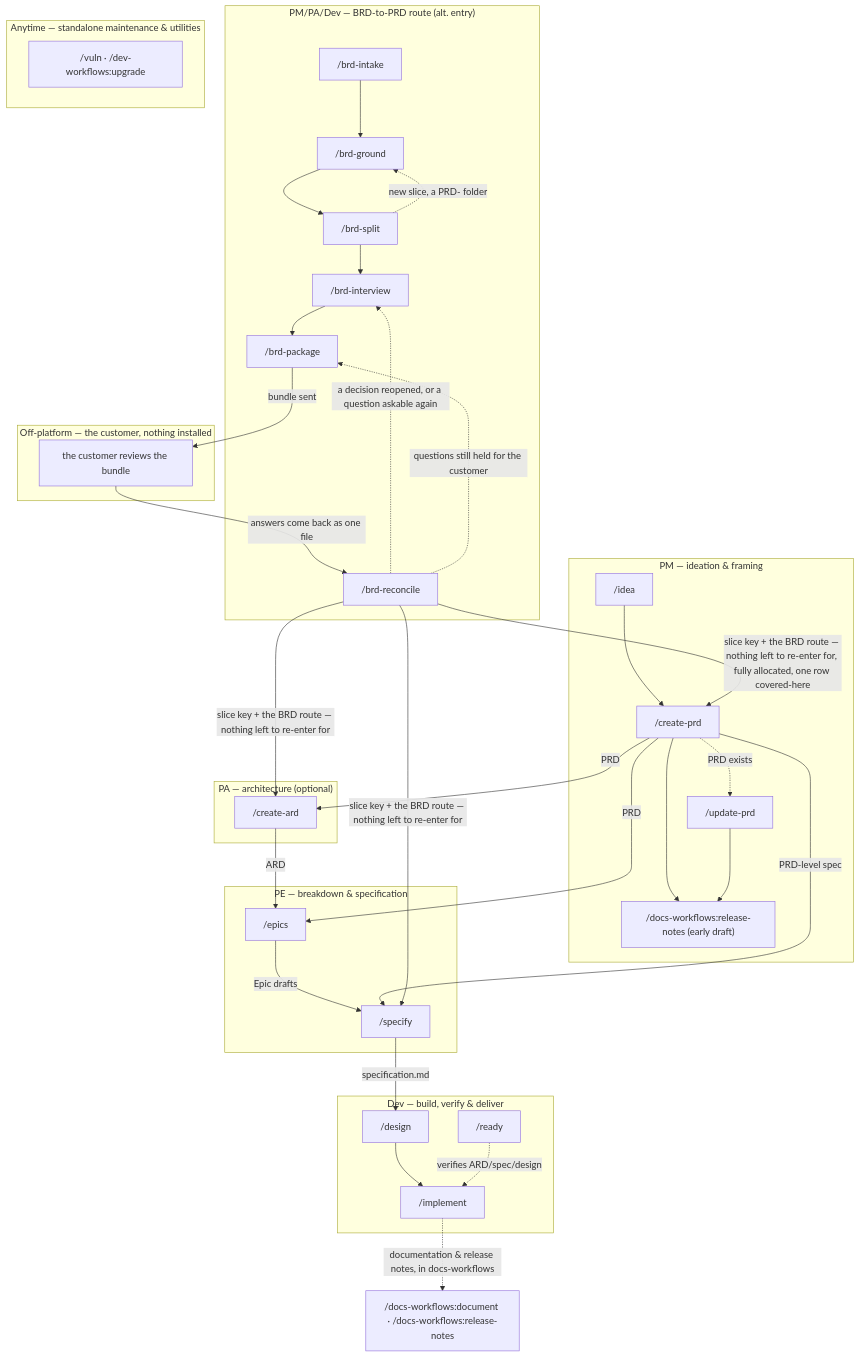
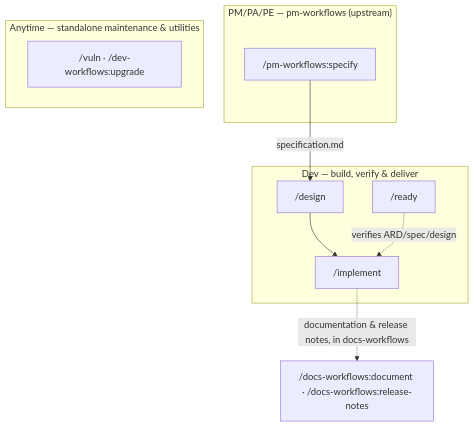
Before and after one commit to ihudak/ihudak-claude-plugins: the diagram in plugins/dev-workflows/docs/workflow.md, drawn with Mermaid. The commit also changed other lines of this file and 25 other files, not shown here.

````diff
--- a/plugins/dev-workflows/docs/workflow.md
+++ b/plugins/dev-workflows/docs/workflow.md
@@ -5,48 +5,17 @@
 ```mermaid
 flowchart TD
-    subgraph PM["PM — ideation & framing"]
-        idea["/idea"] --> createvi["/create-prd"]
-        createvi --> rnpm["/docs-workflows:release-notes (early draft)"]
-        createvi -.->|PRD exists| updatevi["/update-prd"]
-        updatevi --> rnpm
-    end
-    subgraph BRD["PM/PA/Dev — BRD-to-PRD route (alt. entry)"]
-        brdintake["/brd-intake"] --> brdground["/brd-ground"] --> brdsplit["/brd-split"]
-        brdsplit -.->|new slice, a PRD- folder| brdground
-        brdsplit --> brdinterview["/brd-interview"] --> brdpackage["/brd-package"]
-        brdreconcile["/brd-reconcile"]
-    end
-    subgraph CUST["Off-platform — the customer, nothing installed"]
-        brdreview["the customer reviews the bundle"]
-    end
-    subgraph PA["PA — architecture (optional)"]
-        createard["/create-ard"]
-    end
-    subgraph PE["PE — breakdown & specification"]
-        epics["/epics"]
-        specify["/specify"]
+    subgraph PMPRD["PM/PA/PE — pm-workflows (upstream)"]
+        specify["/pm-workflows:specify"]
     end
     subgraph DEV["Dev — build, verify & deliver"]
         design["/design"] --> implement["/implement"]
         ready["/ready"]
     end
     subgraph ANY["Anytime — standalone maintenance & utilities"]
         maint["/vuln · /dev-workflows:upgrade"]
     end
 
-    createvi -->|PRD| createard
-    createvi -->|PRD| epics
-    createard -->|ARD| epics
-    epics -->|Epic drafts| specify
-    createvi -->|PRD-level spec| specify
     specify -->|specification.md| design
     ready -. verifies ARD/spec/design .-> implement
-    brdpackage -->|bundle sent| brdreview
-    brdreview -->|answers come back as one file| brdreconcile
-    brdreconcile -.->|a decision reopened, or a question askable again| brdinterview
-    brdreconcile -.->|questions still held for the customer| brdpackage
-    brdreconcile -->|slice key + the BRD route — nothing left to re-enter for, fully allocated, one row covered-here| createvi
-    brdreconcile -->|slice key + the BRD route — nothing left to re-enter for| createard
-    brdreconcile -->|slice key + the BRD route — nothing left to re-enter for| specify
     implement -.->|documentation & release notes, in docs-workflows| docsplugin["/docs-workflows:document · /docs-workflows:release-notes"]
 ```
````
